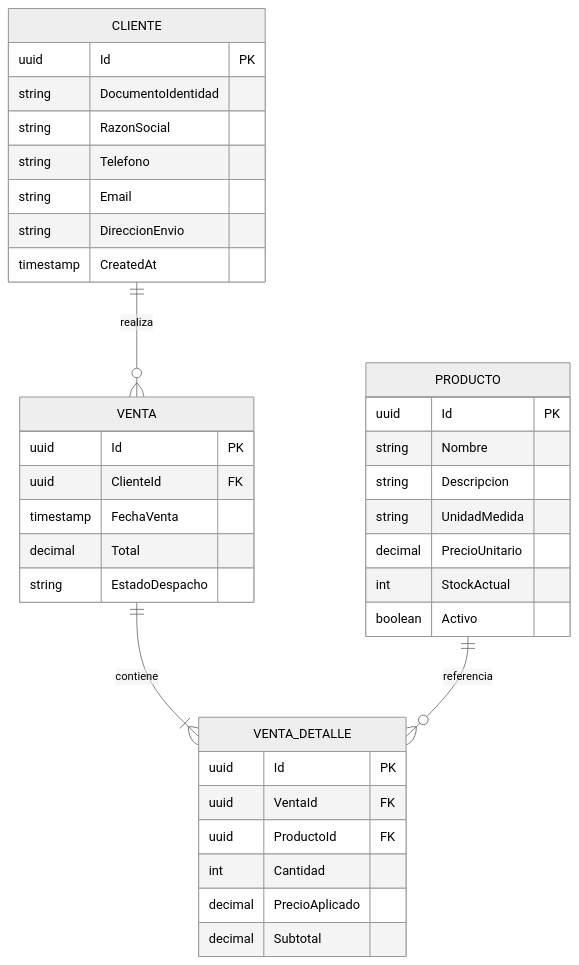
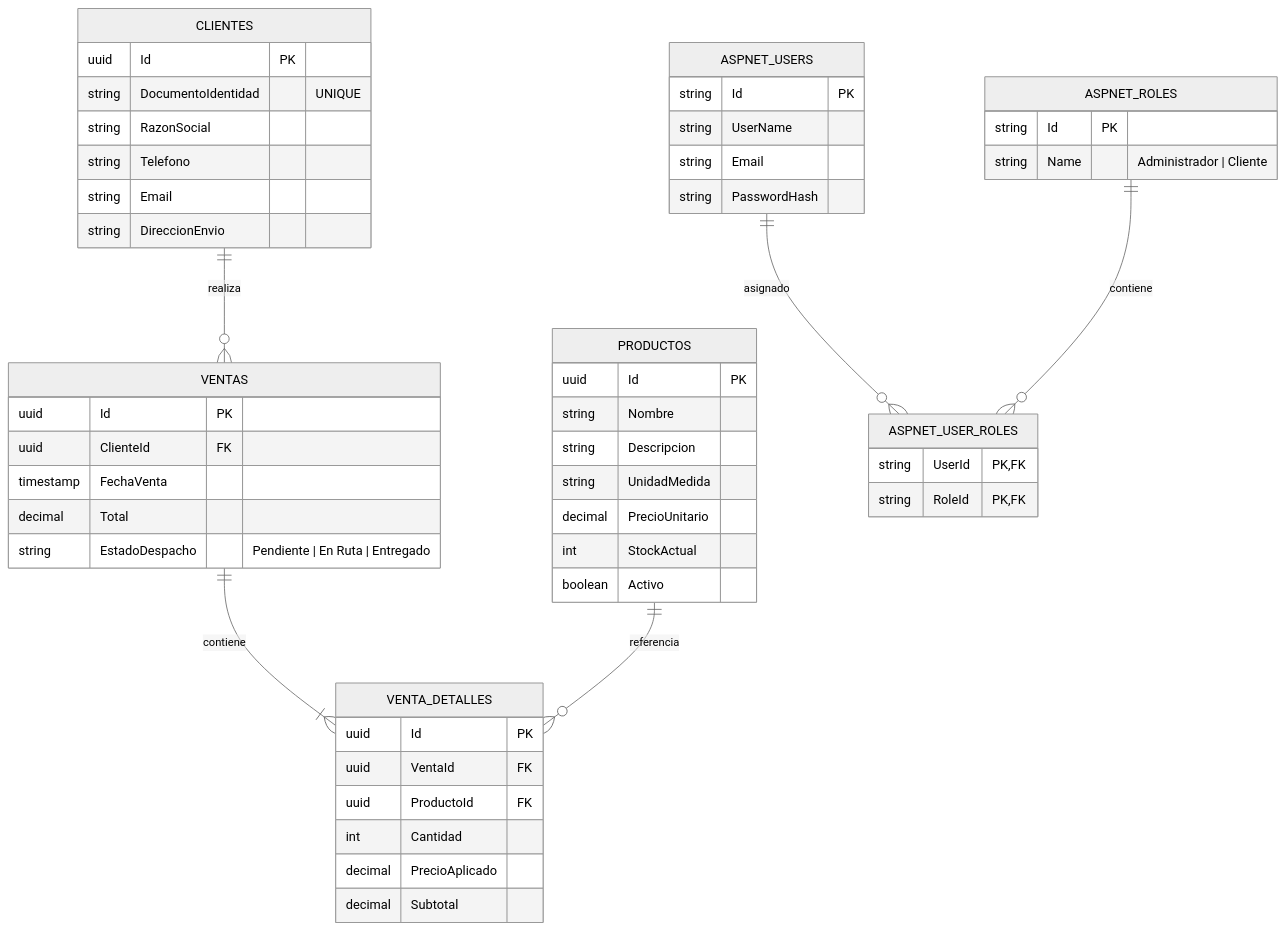
One commit to harold-855/Firmeza changed the third of 4 diagrams in README.md. Above: the diagram before and after it, drawn with Mermaid (neutral theme). The commit also changed other lines of this file and 67 other files, not shown here.

````diff
--- a/README.md
+++ b/README.md
@@ -102,43 +263,61 @@
 ```mermaid
 erDiagram
-    CLIENTE ||--o{ VENTA : realiza
-    VENTA ||--|{ VENTA_DETALLE : contiene
-    PRODUCTO ||--o{ VENTA_DETALLE : referencia
+    CLIENTES ||--o{ VENTAS : realiza
+    VENTAS ||--|{ VENTA_DETALLES : contiene
+    PRODUCTOS ||--o{ VENTA_DETALLES : referencia
+    ASPNET_USERS ||--o{ ASPNET_USER_ROLES : asignado
+    ASPNET_ROLES ||--o{ ASPNET_USER_ROLES : contiene
 
-    CLIENTE {
+    CLIENTES {
         uuid Id PK
-        string DocumentoIdentidad
+        string DocumentoIdentidad "UNIQUE"
         string RazonSocial
         string Telefono
         string Email
         string DireccionEnvio
-        timestamp CreatedAt
     }
 
-    PRODUCTO {
+    PRODUCTOS {
         uuid Id PK
         string Nombre
         string Descripcion
         string UnidadMedida
         decimal PrecioUnitario
         int StockActual
         boolean Activo
     }
 
-    VENTA {
+    VENTAS {
         uuid Id PK
         uuid ClienteId FK
         timestamp FechaVenta
         decimal Total
-        string EstadoDespacho
+        string EstadoDespacho "Pendiente | En Ruta | Entregado"
     }
 
-    VENTA_DETALLE {
+    VENTA_DETALLES {
         uuid Id PK
         uuid VentaId FK
         uuid ProductoId FK
         int Cantidad
         decimal PrecioAplicado
         decimal Subtotal
     }
+
+    ASPNET_USERS {
+        string Id PK
+        string UserName
+        string Email
+        string PasswordHash
+    }
+
+    ASPNET_ROLES {
+        string Id PK
+        string Name "Administrador | Cliente"
+    }
+
+    ASPNET_USER_ROLES {
+        string UserId PK,FK
+        string RoleId PK,FK
+    }
 ```
````
